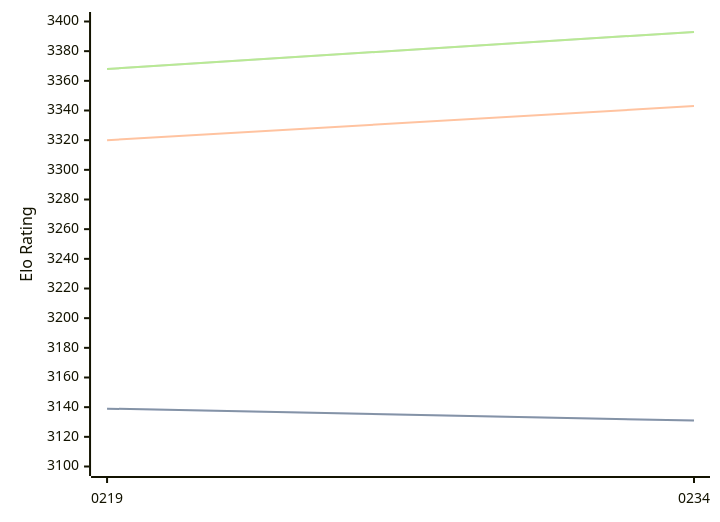
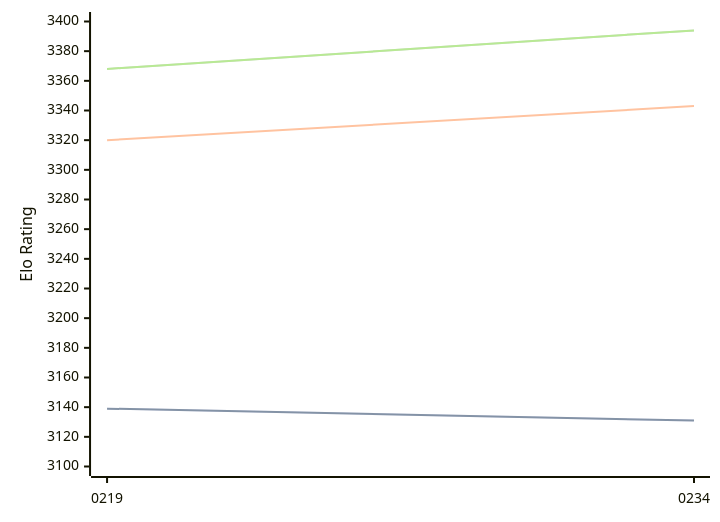
One commit to computer-chess-index/cci changed the diagram in engines/Ynode.md. Above: the diagram before and after it, drawn with Mermaid. The commit also changed other lines of this file, not shown here.

Commit message:
Update CCI Ratings (ELO VLTC) - 2026-08-25

````diff
--- a/engines/Ynode.md
+++ b/engines/Ynode.md
@@ -32,11 +32,11 @@
 ```mermaid
 %%{init: {"theme":"base","themeVariables":{"seriesColors:['#a3a3a3','#222221','#faa371']}}}%%
 xychart-beta
   x-axis ["0219", "0234"]
   y-axis "Elo Rating" 3100 --> 3400
   line "STC (8.0+0.08s)" [3139, 3131]
   line "STC (8.0+0.08s)" [3139, 3131]
   line "LTC (60.0+0.60s)" [3320, 3343]
-  line "VLTC (2m24s+1.12s)" [3368, 3393]
-  line "VLTC (2m24s+1.12s)" [3368, 3393]
+  line "VLTC (2m24s+1.12s)" [3368, 3394]
+  line "VLTC (2m24s+1.12s)" [3368, 3394]
 ```
````
